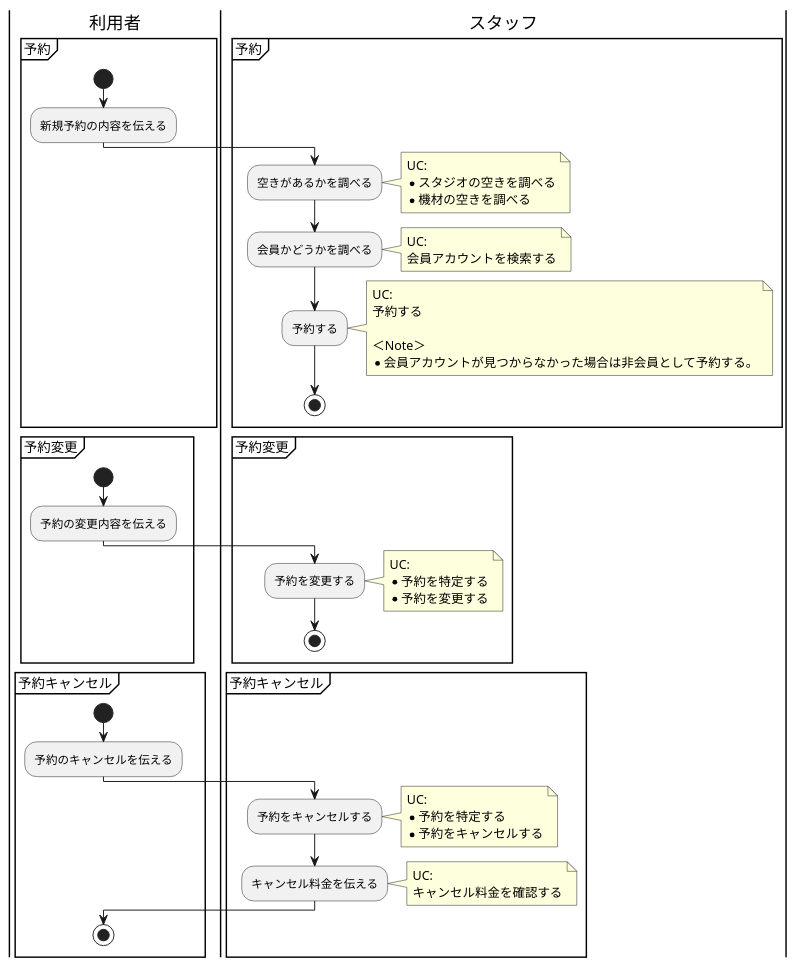
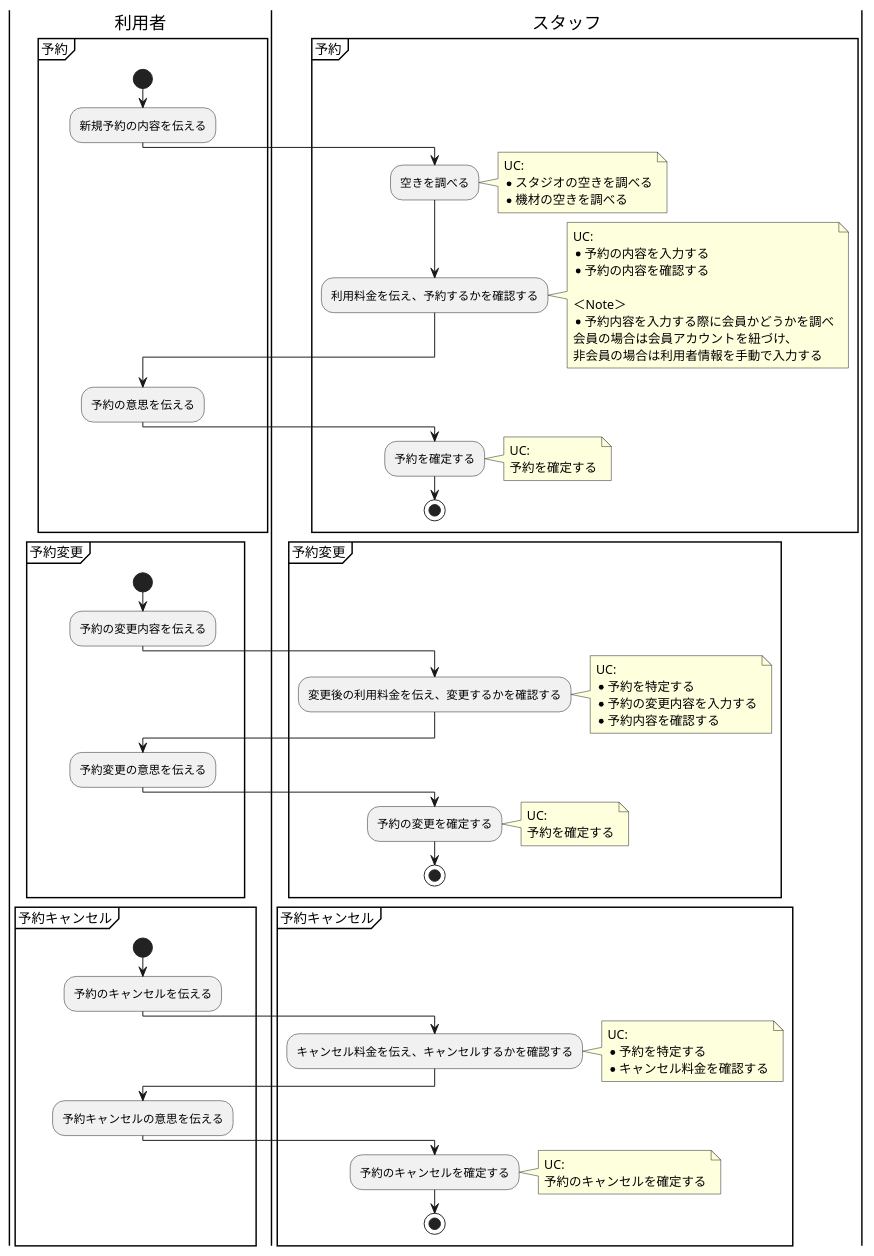
The diagram in modeling/BusinessFlow_予約_電話予約_店頭予約.pu (TakashiOnawa/ddd-practice-studio-reservation), drawn with PlantUML before and after one commit. The commit also changed 24 other files, not shown here.

```diff
--- a/modeling/BusinessFlow_予約_電話予約_店頭予約.pu
+++ b/modeling/BusinessFlow_予約_電話予約_店頭予約.pu
@@ -1,71 +1,93 @@
 @startuml BusinessFlow
 
 |利用者|
 partition 予約 {
     start
     :新規予約の内容を伝える;
 
     |スタッフ|
-    :空きがあるかを調べる;
+    :空きを調べる;
     note right
     UC:
     * スタジオの空きを調べる
     * 機材の空きを調べる
     end note
 
-    :会員かどうかを調べる;
+    :利用料金を伝え、予約するかを確認する;
     note right
     UC:
-    会員アカウントを検索する
+    * 予約の内容を入力する
+    * 予約の内容を確認する
+
+    ＜Note＞
+    * 予約内容を入力する際に会員かどうかを調べ
+    会員の場合は会員アカウントを紐づけ、
+    非会員の場合は利用者情報を手動で入力する
     end note
-    :予約する;
+
+    |利用者|
+    :予約の意思を伝える;
+
+    |スタッフ|
+    :予約を確定する;
     note right
     UC:
-    予約する
-    
-    ＜Note＞
-    * 会員アカウントが見つからなかった場合は非会員として予約する。
+    予約を確定する
     end note
     stop
 }
 
 
 |利用者|
 partition 予約変更 {
     start
     :予約の変更内容を伝える;
 
     |スタッフ|
-    :予約を変更する;
+    :変更後の利用料金を伝え、変更するかを確認する;
     note right
     UC:
     * 予約を特定する
-    * 予約を変更する
+    * 予約の変更内容を入力する
+    * 予約内容を確認する
+    end note
+
+    |利用者|
+    :予約変更の意思を伝える;
+
+    |スタッフ|
+    :予約の変更を確定する;
+    note right
+    UC:
+    予約を確定する
     end note
     stop
 }
 
 
 |利用者|
 partition 予約キャンセル {
     start
     :予約のキャンセルを伝える;
 
     |スタッフ|
-    :予約をキャンセルする;
+    :キャンセル料金を伝え、キャンセルするかを確認する;
     note right
     UC:
     * 予約を特定する
-    * 予約をキャンセルする
-    end note
-    :キャンセル料金を伝える;
-    note right
-    UC:
-    キャンセル料金を確認する
+    * キャンセル料金を確認する
     end note
 
     |利用者|
+    :予約キャンセルの意思を伝える;
+
+    |スタッフ|
+    :予約のキャンセルを確定する;
+    note right
+    UC:
+    予約のキャンセルを確定する
+    end note
     stop
 }
 
 @enduml
```
